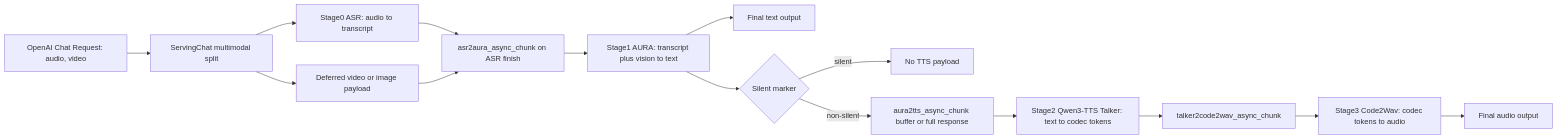
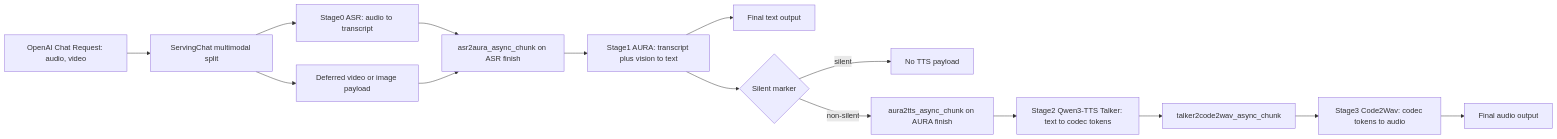
The second of 2 diagrams in examples/online_serving/aura_omni/README.md (NumberWan/vllm-omni), drawn with Mermaid before and after one commit. The commit also changed other lines of this file and 11 other files, not shown here.

First line of the commit message:
change(aura): send tts payload only after aura finishes

````diff
--- a/examples/online_serving/aura_omni/README.md
+++ b/examples/online_serving/aura_omni/README.md
@@ -95,17 +94,17 @@
 ```mermaid
 flowchart LR
     userReq["OpenAI Chat Request: audio, video"] --> split["ServingChat multimodal split"]
     split --> asr["Stage0 ASR: audio to transcript"]
     split --> deferred["Deferred video or image payload"]
     asr --> asrBridge["asr2aura_async_chunk on ASR finish"]
     deferred --> asrBridge
     asrBridge --> aura["Stage1 AURA: transcript plus vision to text"]
     aura --> textOut["Final text output"]
     aura --> silentGate{"Silent marker"}
     silentGate -->|"silent"| noTts["No TTS payload"]
-    silentGate -->|"non-silent"| auraBridge["aura2tts_async_chunk buffer or full response"]
+    silentGate -->|"non-silent"| auraBridge["aura2tts_async_chunk on AURA finish"]
     auraBridge --> talker["Stage2 Qwen3-TTS Talker: text to codec tokens"]
     talker --> codecBridge["talker2code2wav_async_chunk"]
     codecBridge --> code2wav["Stage3 Code2Wav: codec tokens to audio"]
     code2wav --> audioOut["Final audio output"]
 ```
````
